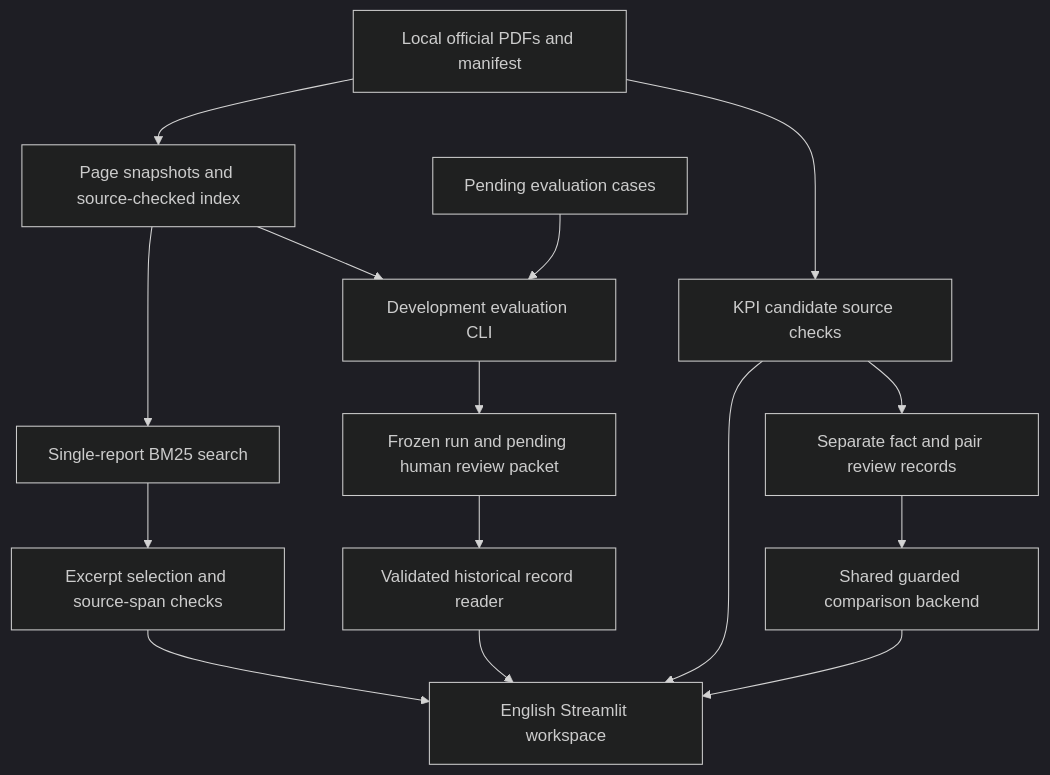
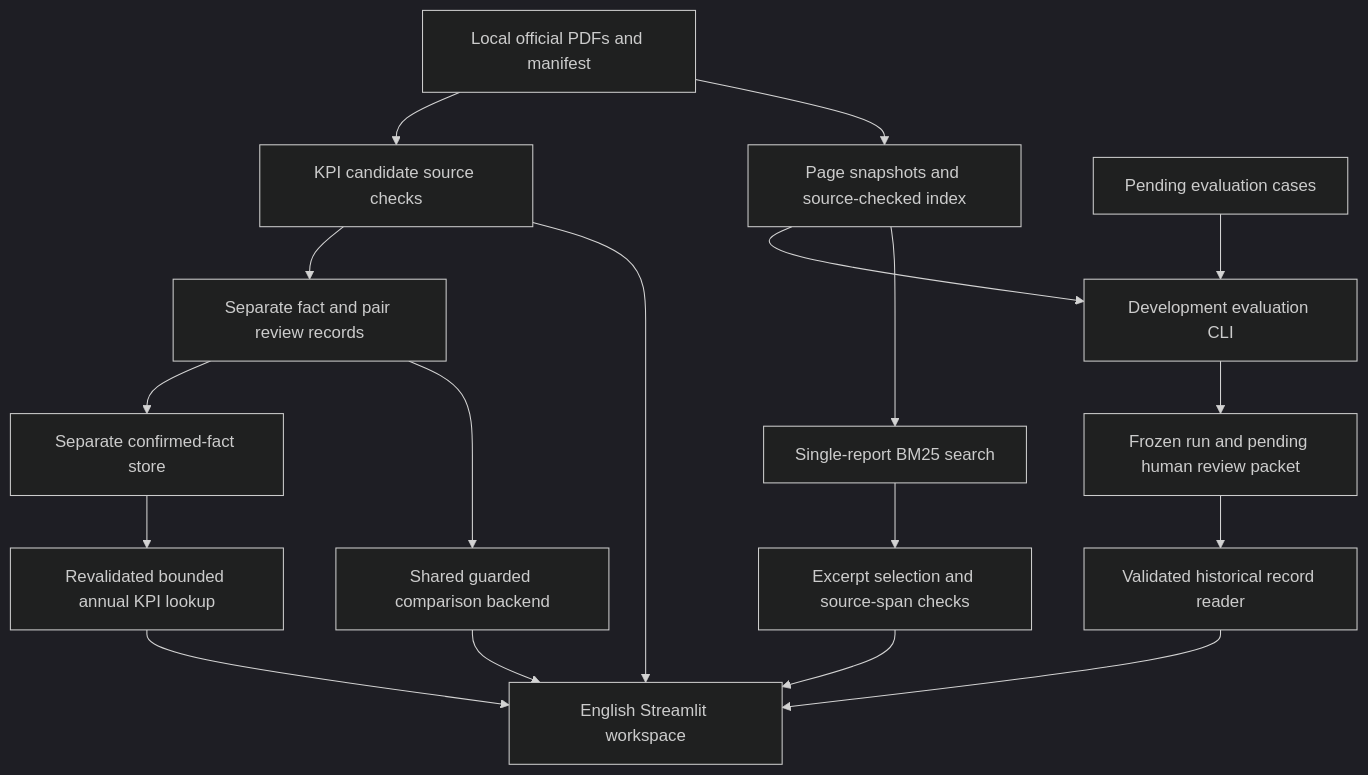
One commit to Wenric-Cao/financial-intelligence-copilot changed the diagram in ARCHITECTURE.md. Above: the diagram before and after it, drawn with Mermaid (dark theme). The commit also changed other lines of this file and 18 other files, not shown here.

First line of the commit message:
Add explicit source-checked reviewed KPI lookup mode

````diff
--- a/ARCHITECTURE.md
+++ b/ARCHITECTURE.md
@@ -16,17 +17,20 @@
 ```mermaid
 flowchart TD
     A[Local official PDFs and manifest] --> B[Page snapshots and source-checked index]
     B --> C[Single-report BM25 search]
     C --> D[Excerpt selection and source-span checks]
     D --> E[English Streamlit workspace]
     A --> F[KPI candidate source checks]
     F --> E
     F --> G[Separate fact and pair review records]
     G --> H[Shared guarded comparison backend]
     H --> E
+    G --> M[Separate confirmed-fact store]
+    M --> N[Revalidated bounded annual KPI lookup]
+    N --> E
     B --> I[Development evaluation CLI]
     J[Pending evaluation cases] --> I
     I --> K[Frozen run and pending human review packet]
     K --> L[Validated historical record reader]
     L --> E
 ```
````
